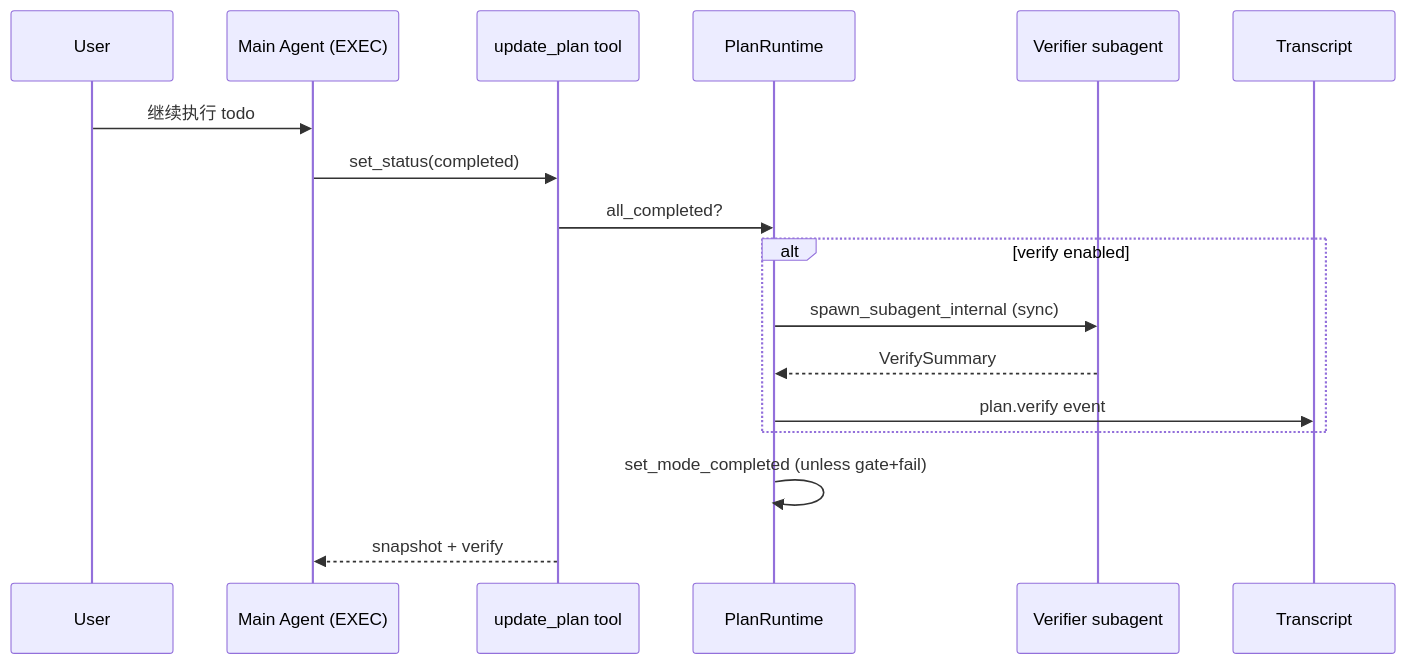
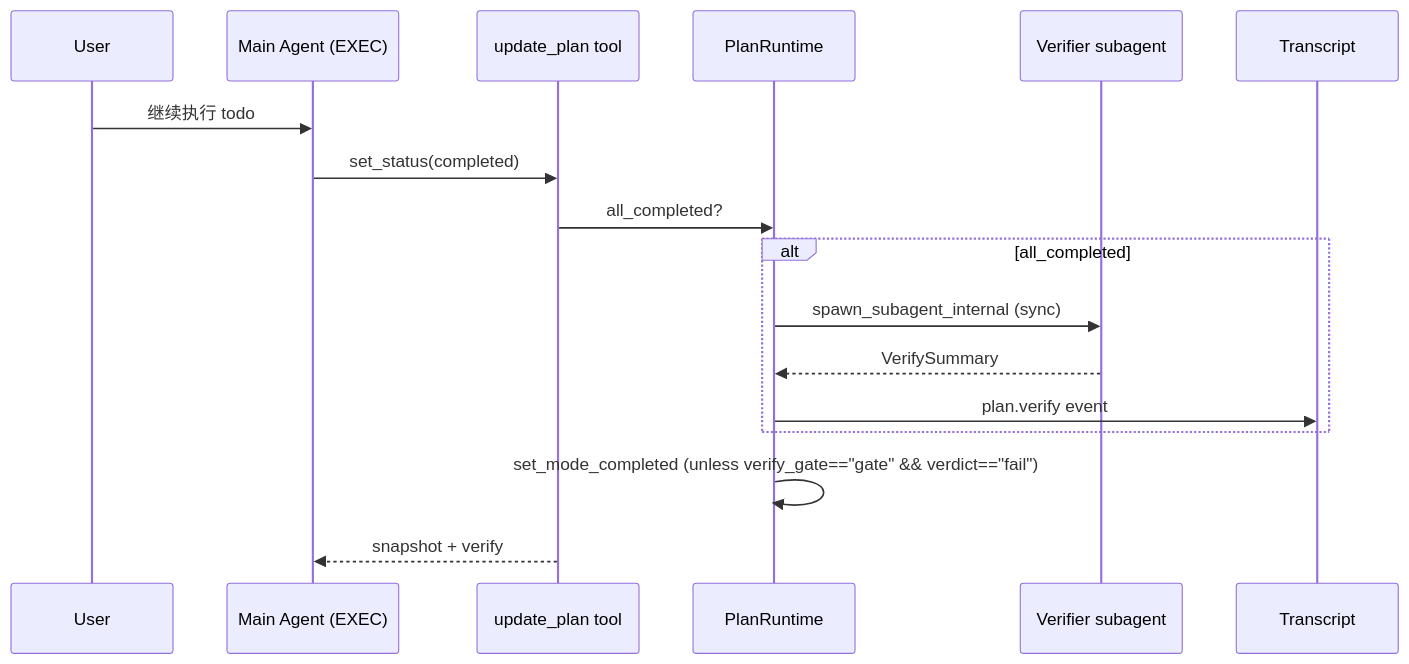
The diagram in tomcat/docs/architecture/plan-exec-code-verification.md (teisun/tomcat-agent), drawn with Mermaid before and after one commit. The commit also changed other lines of this file and 3 other files, not shown here.

````diff
--- a/tomcat/docs/architecture/plan-exec-code-verification.md
+++ b/tomcat/docs/architecture/plan-exec-code-verification.md
@@ -244,20 +537,20 @@
 ```mermaid
 sequenceDiagram
   participant User
   participant Main as Main Agent (EXEC)
   participant UP as update_plan tool
   participant PR as PlanRuntime
   participant VR as Verifier subagent
   participant TR as Transcript
 
   User->>Main: 继续执行 todo
   Main->>UP: set_status(completed)
   UP->>PR: all_completed?
-  alt verify enabled
+  alt all_completed
     PR->>VR: spawn_subagent_internal (sync)
     VR-->>PR: VerifySummary
     PR->>TR: plan.verify event
   end
-  PR->>PR: set_mode_completed (unless gate+fail)
+  PR->>PR: set_mode_completed (unless verify_gate=="gate" && verdict=="fail")
   UP-->>Main: snapshot + verify
 ```
````
